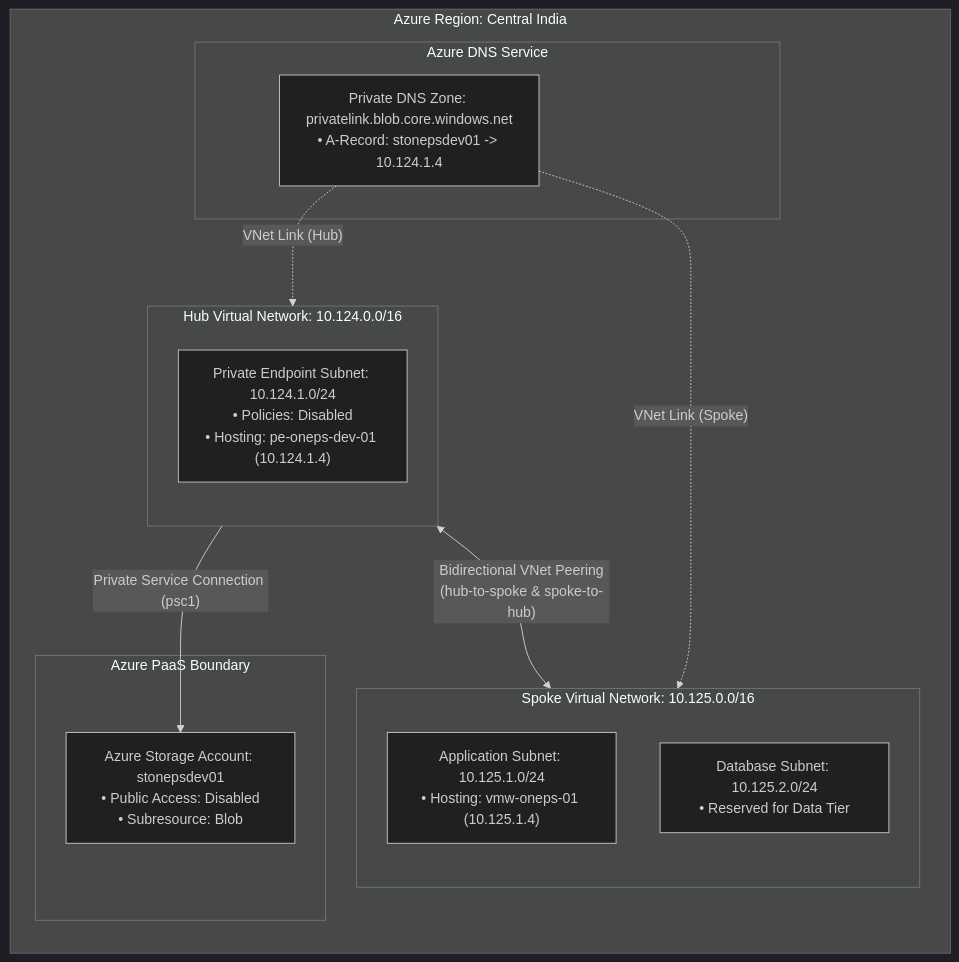
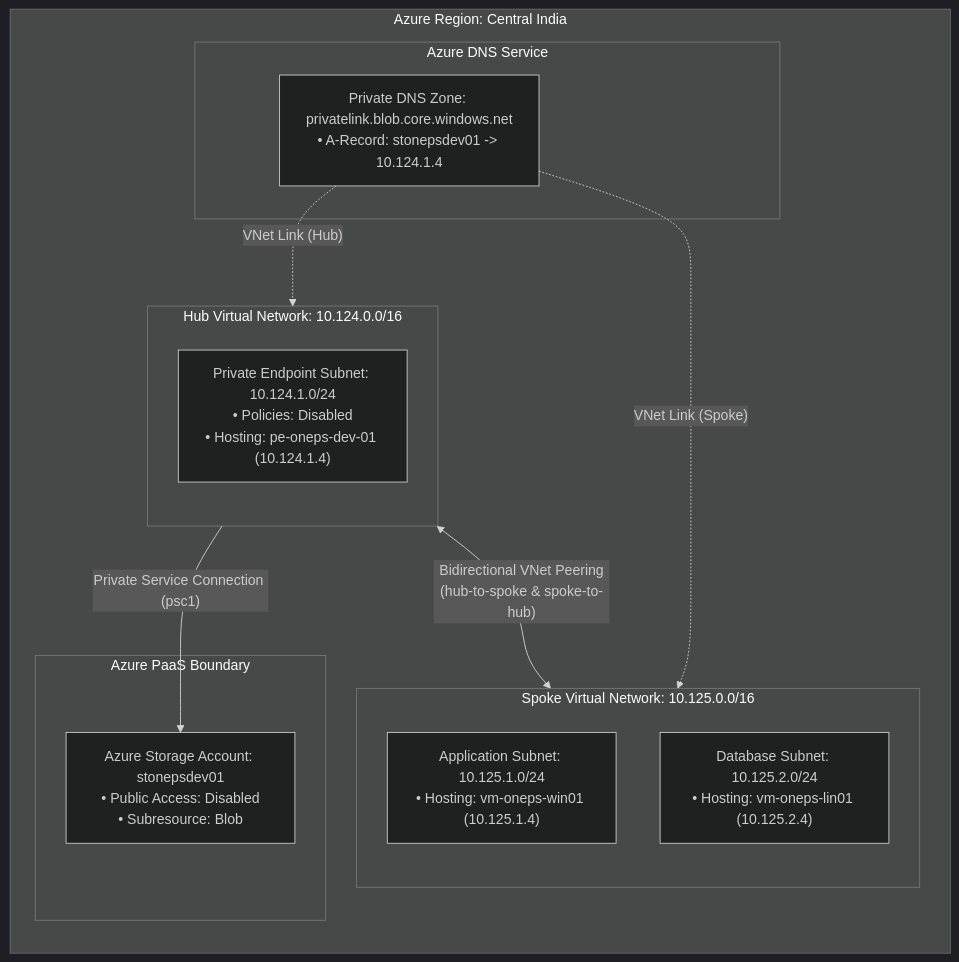
Before and after one commit to sanjiivsingh/azure-hub-spoke-storage-private-endpoint: the diagram in docs/architecture.md, drawn with Mermaid (dark theme). The commit also changed 12 other files, not shown here.

````diff
--- a/docs/architecture.md
+++ b/docs/architecture.md
@@ -11,30 +11,30 @@
 ```mermaid
 flowchart TB
     subgraph AzureRegion["Azure Region: Central India"]
         direction TB
 
         subgraph Hub["Hub Virtual Network: 10.124.0.0/16"]
             direction TB
             PESubnet["Private Endpoint Subnet: 10.124.1.0/24<br/>• Policies: Disabled<br/>• Hosting: pe-oneps-dev-01 (10.124.1.4)"]
         end
 
         subgraph Spoke["Spoke Virtual Network: 10.125.0.0/16"]
             direction TB
-            AppSubnet["Application Subnet: 10.125.1.0/24<br/>• Hosting: vmw-oneps-01 (10.125.1.4)"]
-            DBSubnet["Database Subnet: 10.125.2.0/24<br/>• Reserved for Data Tier"]
+            AppSubnet["Application Subnet: 10.125.1.0/24<br/>• Hosting: vm-oneps-win01 (10.125.1.4)"]
+            DBSubnet["Database Subnet: 10.125.2.0/24<br/>• Hosting: vm-oneps-lin01 (10.125.2.4)"]
         end
 
         subgraph PaaS["Azure PaaS Boundary"]
             Storage["Azure Storage Account: stonepsdev01<br/>• Public Access: Disabled<br/>• Subresource: Blob"]
         end
 
         subgraph DNS["Azure DNS Service"]
             PrivateZone["Private DNS Zone: privatelink.blob.core.windows.net<br/>• A-Record: stonepsdev01 -> 10.124.1.4"]
         end
 
         Hub <-->|"Bidirectional VNet Peering<br/>(hub-to-spoke & spoke-to-hub)"| Spoke
         PESubnet -->|"Private Service Connection (psc1)"| Storage
         PrivateZone -.->|"VNet Link (Hub)"| Hub
         PrivateZone -.->|"VNet Link (Spoke)"| Spoke
     end
 ```
````
